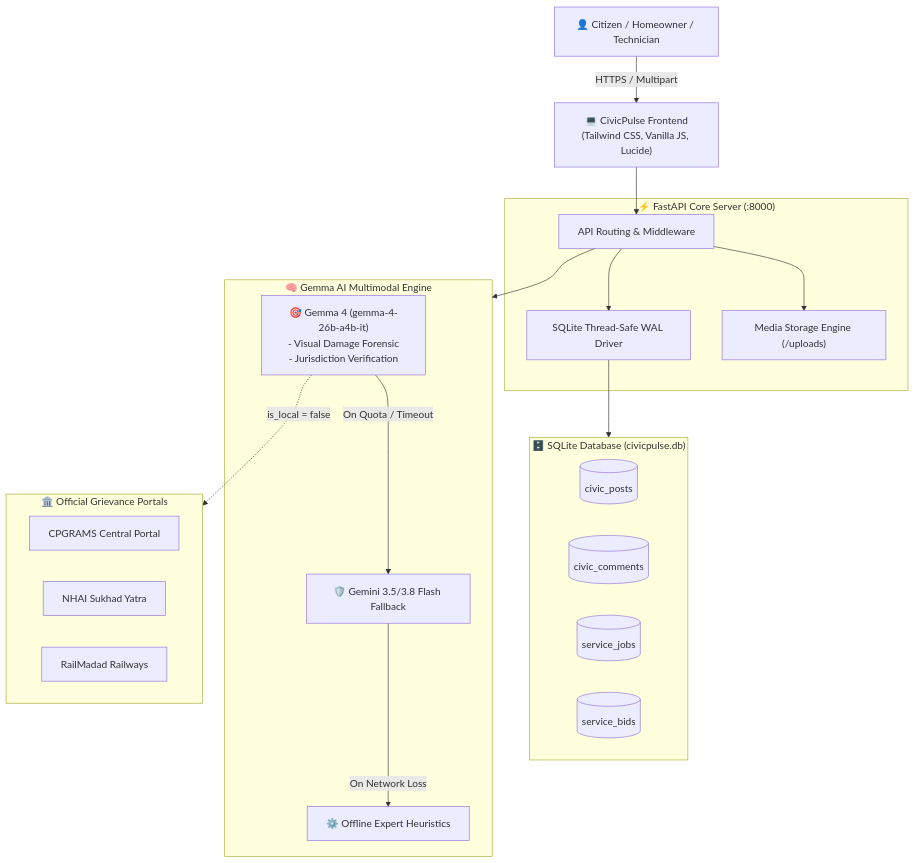
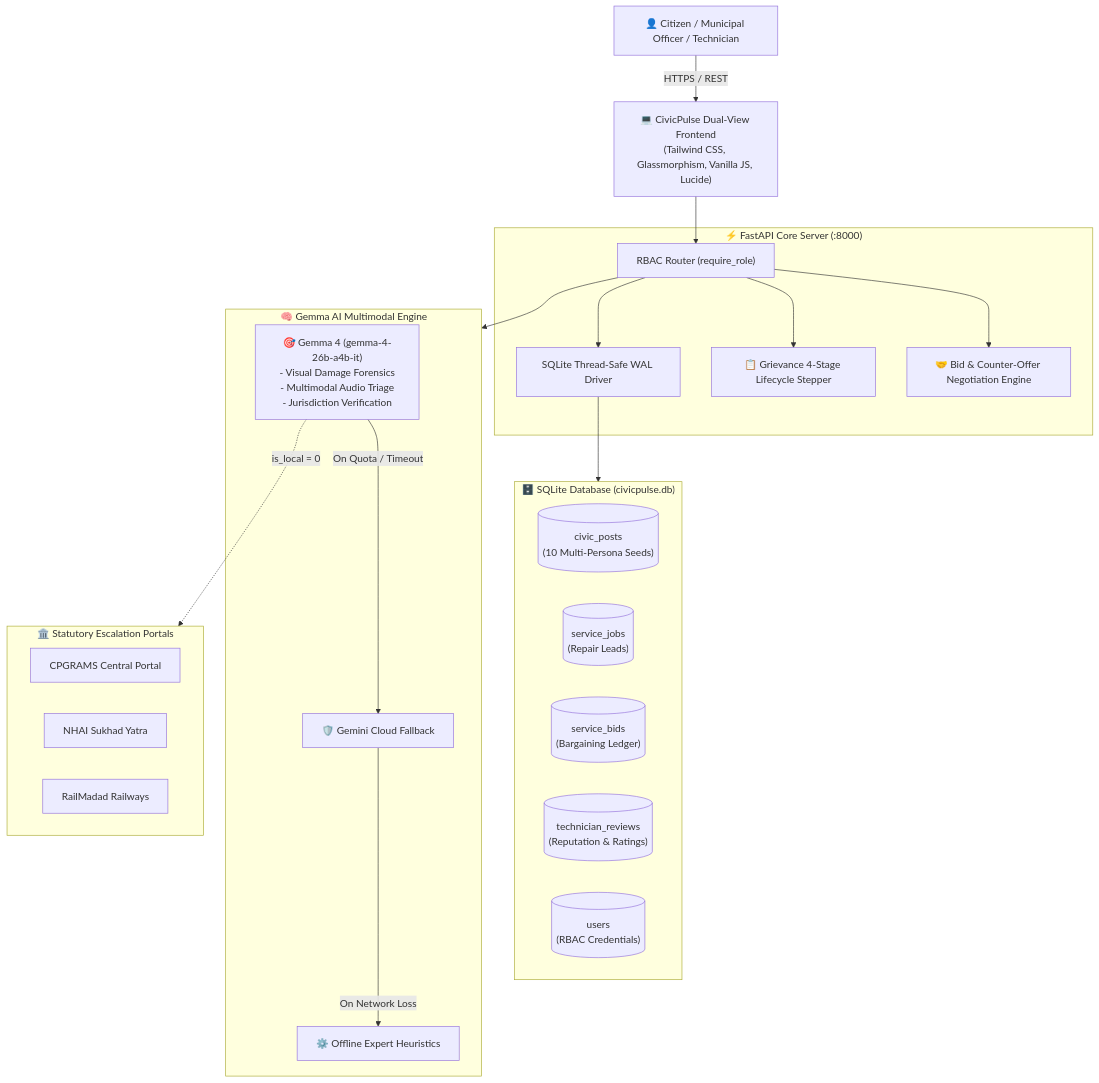
The diagram in README.md (Ayush-git800/Civic-Pulse), drawn with Mermaid before and after one commit. The commit also changed other lines of this file and 11 other files, not shown here.

Commit message:
docs: update README with logo & roadmap, add authentic civic images, and compile judge dossier PDF

````diff
--- a/README.md
+++ b/README.md
@@ -173,42 +208,45 @@
 ```mermaid
 flowchart TD
-    User["👤 Citizen / Homeowner / Technician"] -->|HTTPS / Multipart| WebApp["💻 CivicPulse Frontend\n(Tailwind CSS, Vanilla JS, Lucide)"]
+    User["👤 Citizen / Municipal Officer / Technician"] -->|HTTPS / REST| WebApp["💻 CivicPulse Dual-View Frontend\n(Tailwind CSS, Glassmorphism, Vanilla JS, Lucide)"]
     
     subgraph FastAPI_Backend["⚡ FastAPI Core Server (:8000)"]
-        Router["API Routing & Middleware"]
-        UploadHandler["Media Storage Engine (/uploads)"]
+        Router["RBAC Router (require_role)"]
+        NegotiationEngine["🤝 Bid & Counter-Offer Negotiation Engine"]
+        LifecycleEngine["📋 Grievance 4-Stage Lifecycle Stepper"]
         DBHandler["SQLite Thread-Safe WAL Driver"]
     end
     
     WebApp --> Router
-    Router --> UploadHandler
+    Router --> NegotiationEngine
+    Router --> LifecycleEngine
     Router --> DBHandler
     
     subgraph AI_Intelligence_Pipeline["🧠 Gemma AI Multimodal Engine"]
-        GemmaPrimary["🎯 Gemma 4 (gemma-4-26b-a4b-it)\n- Visual Damage Forensic\n- Jurisdiction Verification"]
-        GeminiFallback["🛡️ Gemini 3.5/3.8 Flash Fallback"]
+        GemmaPrimary["🎯 Gemma 4 (gemma-4-26b-a4b-it)\n- Visual Damage Forensics\n- Multimodal Audio Triage\n- Jurisdiction Verification"]
+        GeminiFallback["🛡️ Gemini Cloud Fallback"]
         HeuristicFallback["⚙️ Offline Expert Heuristics"]
         
         GemmaPrimary -->|On Quota / Timeout| GeminiFallback
         GeminiFallback -->|On Network Loss| HeuristicFallback
     end
     
     Router --> AI_Intelligence_Pipeline
     
     subgraph Persistent_Storage["🗄️ SQLite Database (civicpulse.db)"]
-        T1[("civic_posts")]
-        T2[("civic_comments")]
-        T3[("service_jobs")]
-        T4[("service_bids")]
+        T1[("civic_posts\n(10 Multi-Persona Seeds)")]
+        T2[("service_jobs\n(Repair Leads)")]
+        T3[("service_bids\n(Bargaining Ledger)")]
+        T4[("technician_reviews\n(Reputation & Ratings)")]
+        T5[("users\n(RBAC Credentials)")]
     end
     
     DBHandler --> Persistent_Storage
     
-    subgraph Central_Escalations["🏛️ Official Grievance Portals"]
+    subgraph Central_Escalations["🏛️ Statutory Escalation Portals"]
         CPGRAMS["CPGRAMS Central Portal"]
         NHAI["NHAI Sukhad Yatra"]
         RailMadad["RailMadad Railways"]
     end
     
-    GemmaPrimary -.->|is_local = false| Central_Escalations
+    GemmaPrimary -.->|is_local = 0| Central_Escalations
 ```
````
